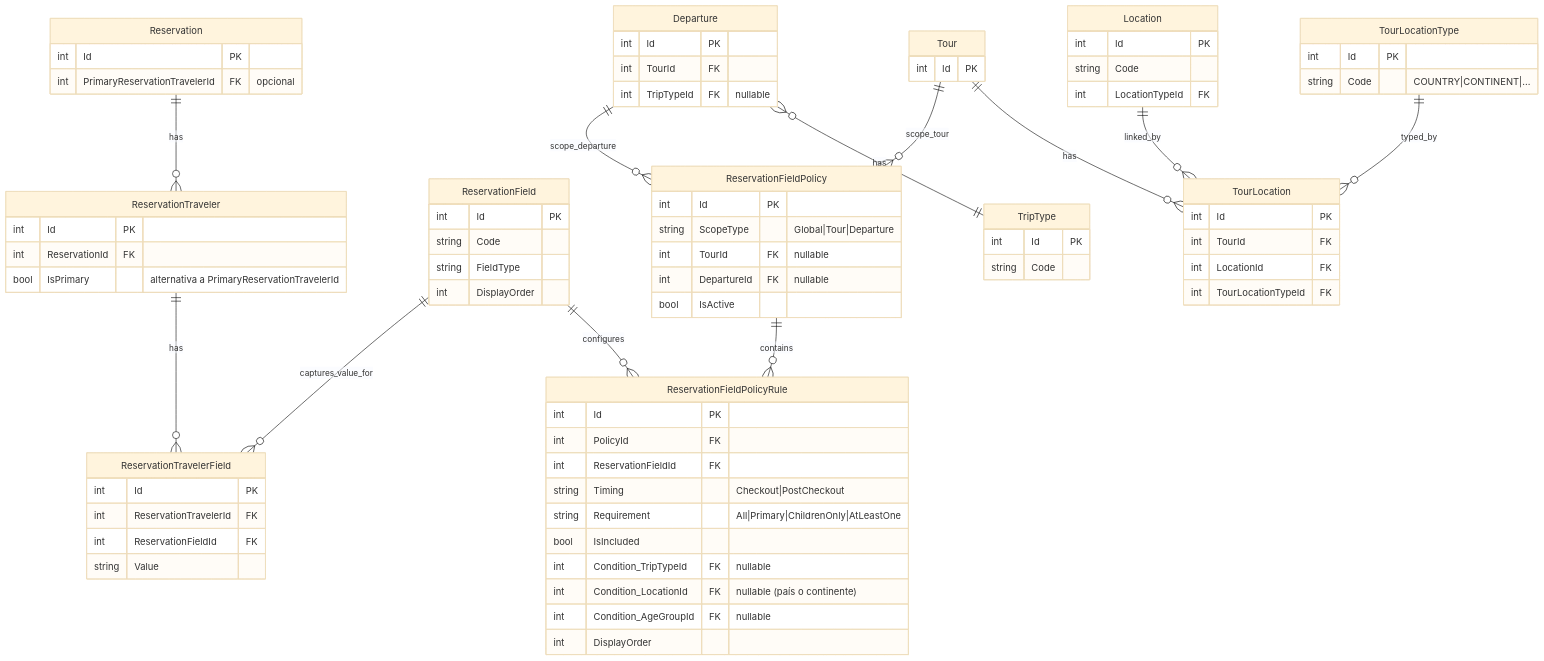
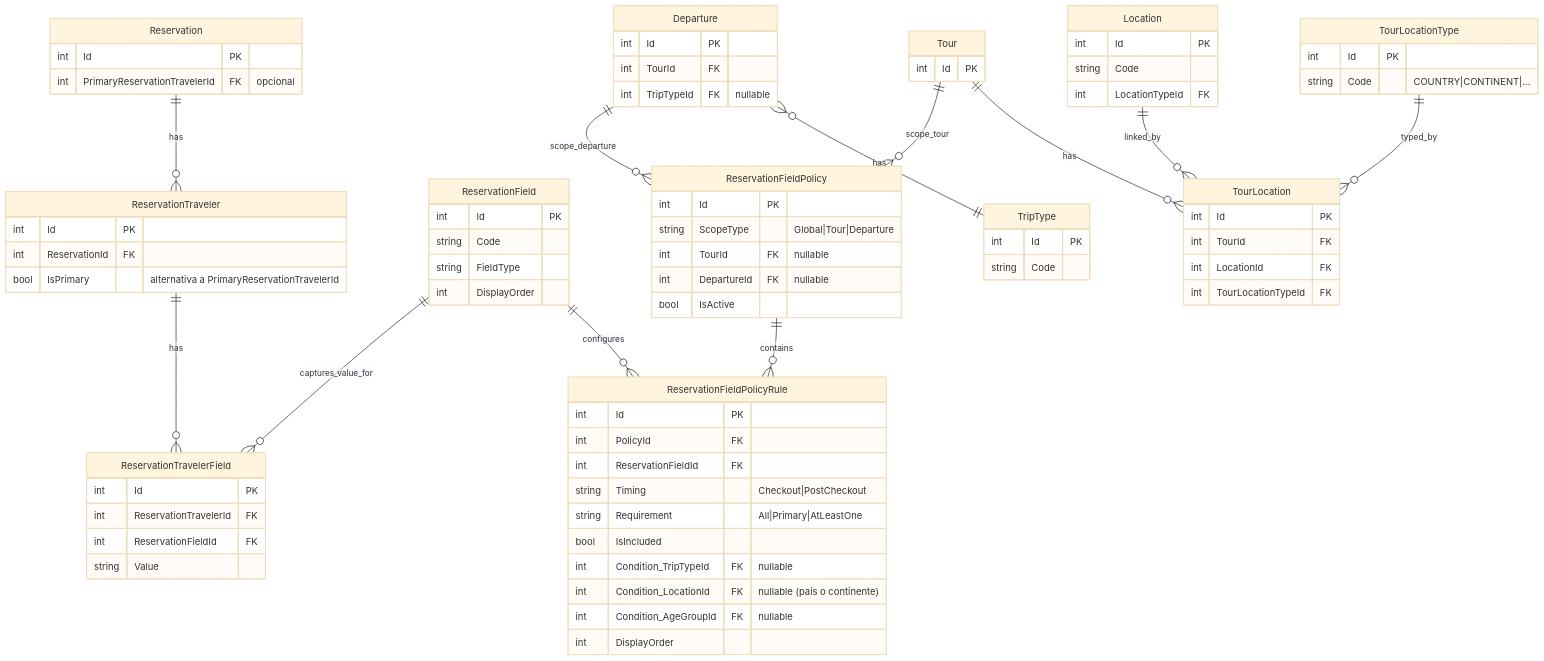
Before and after one commit to jiserte-differentroads/Apuntes: the second of 2 diagrams in CamposRequeridos/DOCUMENTO_TECNICO_CAMPOS_REQUERIDOS_VIAJEROS_CHECKOUT_MIDDLEWEB.md, drawn with Mermaid (base theme). The commit also changed other lines of this file, not shown here.

```diff
--- a/CamposRequeridos/DOCUMENTO_TECNICO_CAMPOS_REQUERIDOS_VIAJEROS_CHECKOUT_MIDDLEWEB.md
+++ b/CamposRequeridos/DOCUMENTO_TECNICO_CAMPOS_REQUERIDOS_VIAJEROS_CHECKOUT_MIDDLEWEB.md
@@ -407,7 +409,7 @@
     int PolicyId FK
     int ReservationFieldId FK
     string Timing "Checkout|PostCheckout"
-    string Requirement "All|Primary|ChildrenOnly|AtLeastOne"
+    string Requirement "All|Primary|AtLeastOne"
     bool IsIncluded
     int Condition_TripTypeId FK "nullable"
     int Condition_LocationId FK "nullable (país o continente)"
```
